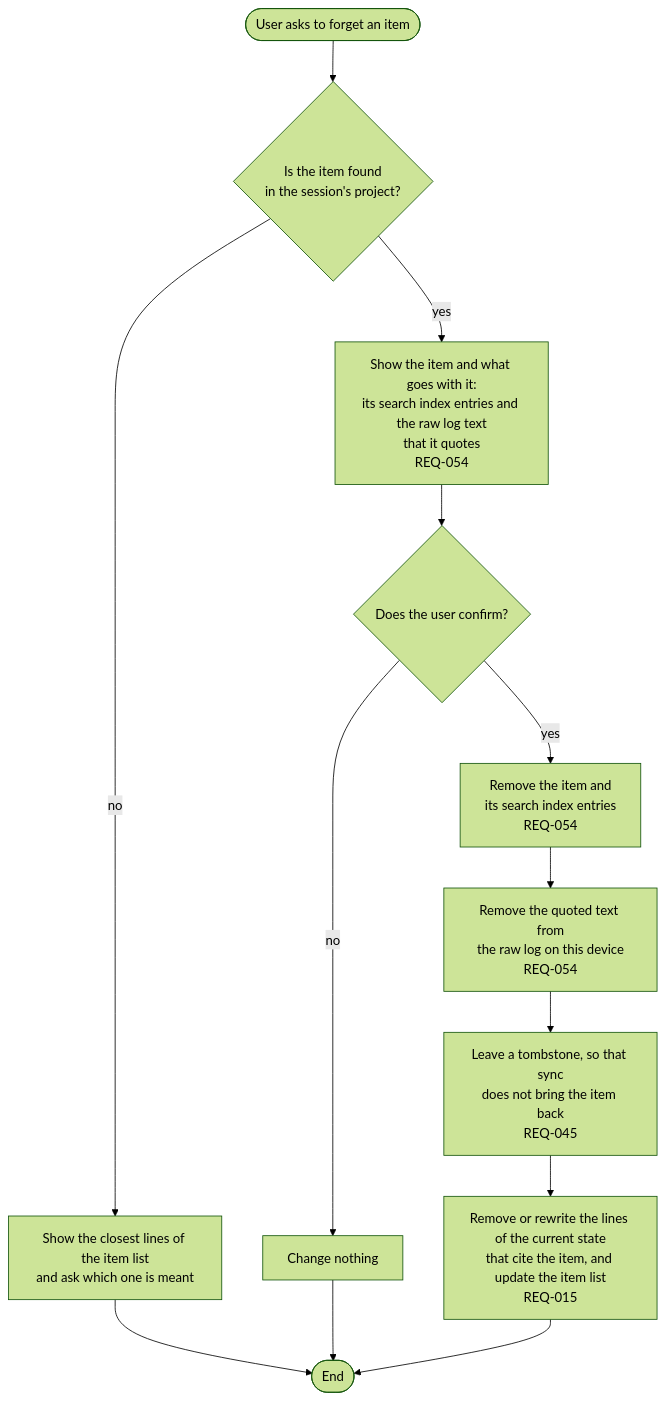
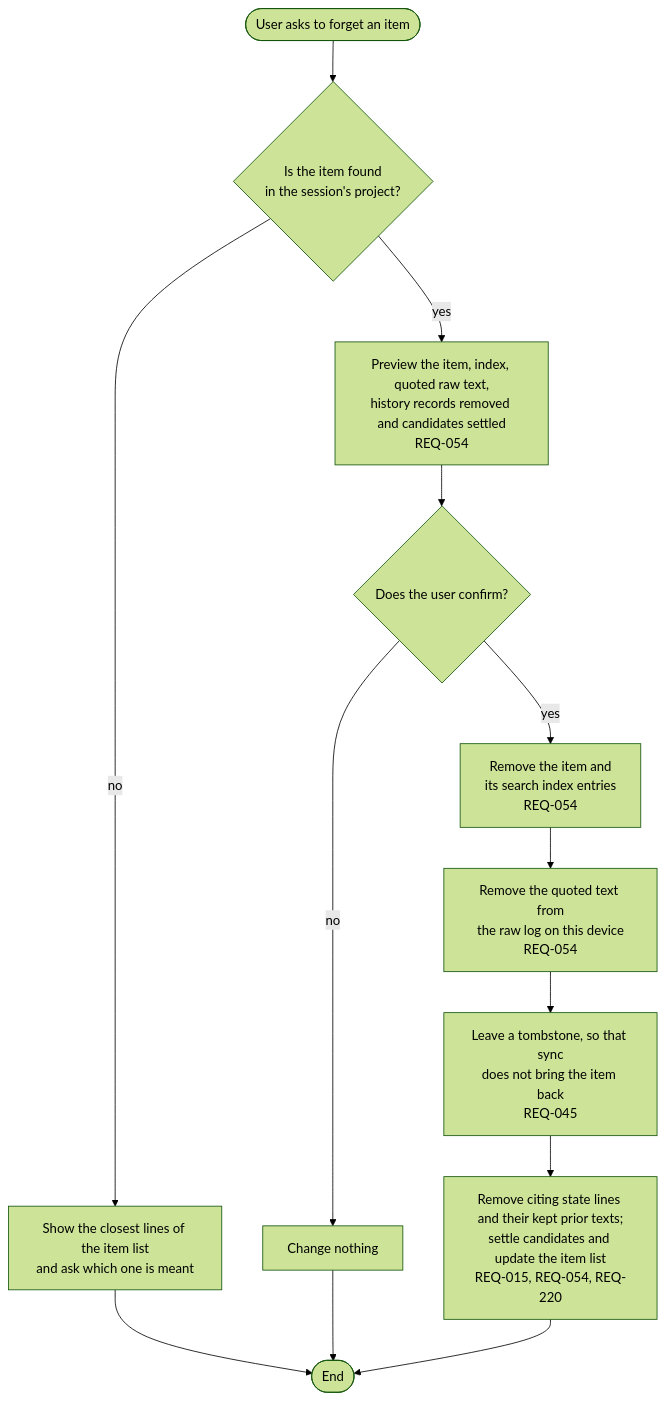
The diagram in docs/03-user-flow/memory/FL-009-forget-an-item.md (kodonghui/corthex), drawn with Mermaid (forest theme) before and after one commit. The commit also changed other lines of this file and 41 other files, not shown here.

````diff
--- a/docs/03-user-flow/memory/FL-009-forget-an-item.md
+++ b/docs/03-user-flow/memory/FL-009-forget-an-item.md
@@ -9,15 +9,15 @@
 ```mermaid
 flowchart TD
   A(["User asks to forget an item"]) --> B{"Is the item found<br/>in the session's project?"}
   B -->|no| B1["Show the closest lines of the item list<br/>and ask which one is meant"]
   B1 --> Z(["End"])
-  B -->|yes| C["Show the item and what goes with it:<br/>its search index entries and the raw log text<br/>that it quotes<br/>REQ-054"]
+  B -->|yes| C["Preview the item, index, quoted raw text,<br/>history records removed and candidates settled<br/>REQ-054"]
   C --> D{"Does the user confirm?"}
   D -->|no| D1["Change nothing"]
   D1 --> Z
   D -->|yes| E["Remove the item and<br/>its search index entries<br/>REQ-054"]
   E --> F["Remove the quoted text from<br/>the raw log on this device<br/>REQ-054"]
   F --> G["Leave a tombstone, so that sync<br/>does not bring the item back<br/>REQ-045"]
-  G --> H["Remove or rewrite the lines of the current state<br/>that cite the item, and update the item list<br/>REQ-015"]
+  G --> H["Remove citing state lines and their kept prior texts;<br/>settle candidates and update the item list<br/>REQ-015, REQ-054, REQ-220"]
   H --> Z
 ```
````
